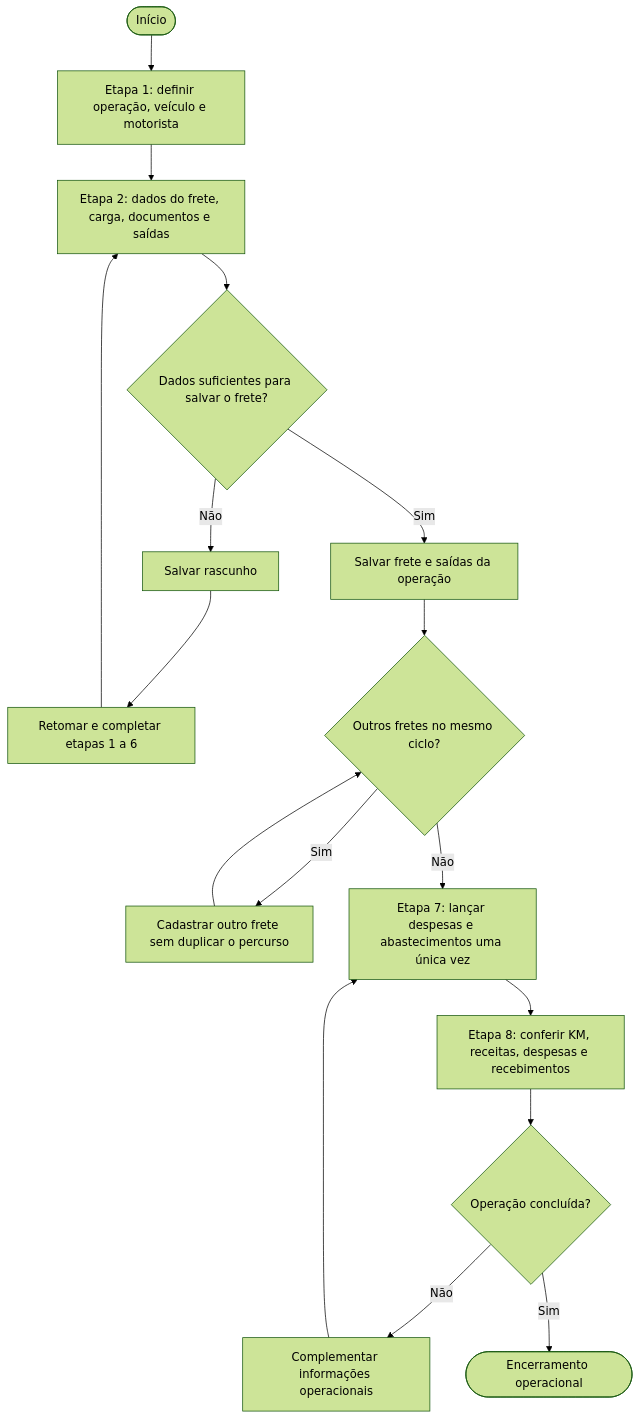
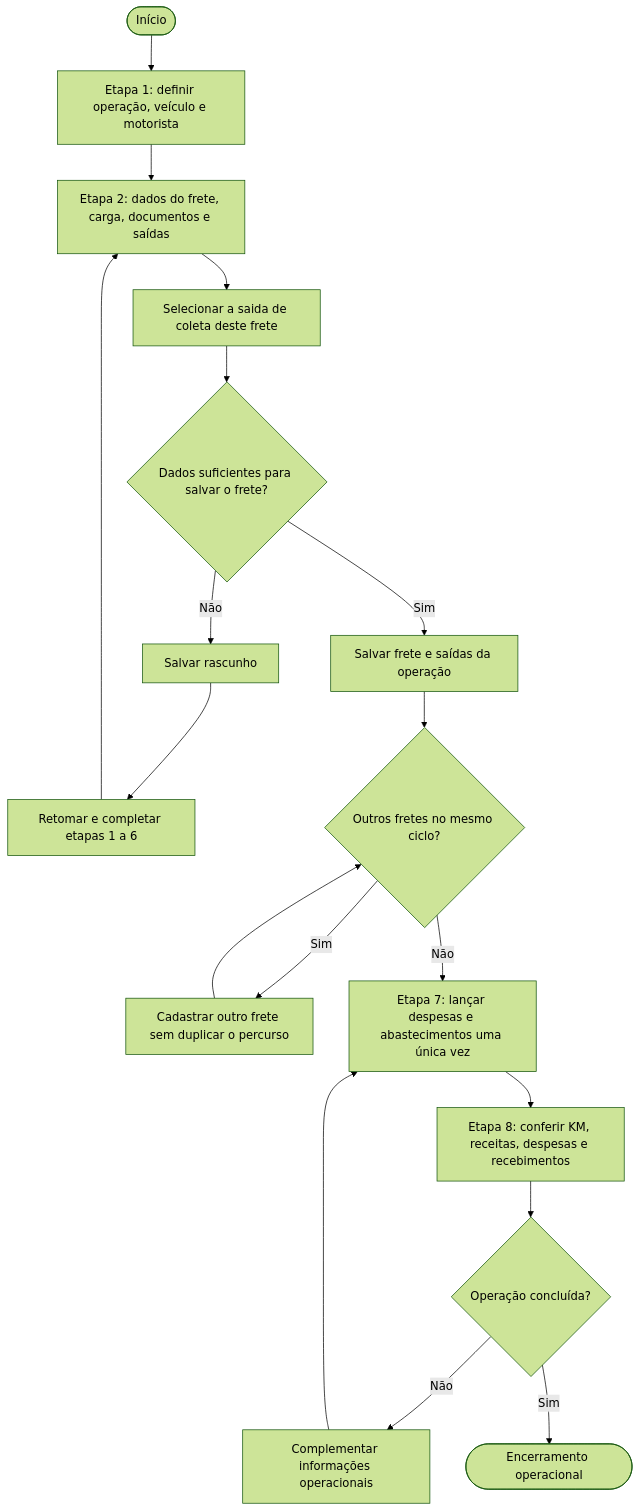
Before and after one commit to felpontes98/faeg-logistica-app: the diagram in docs/diagramas/atividades.md, drawn with Mermaid (forest theme). The commit also changed 27 other files, not shown here.

````diff
--- a/docs/diagramas/atividades.md
+++ b/docs/diagramas/atividades.md
@@ -5,19 +5,20 @@
 ```mermaid
 flowchart TD
     A([Início]) --> B["Etapa 1: definir operação, veículo e motorista"]
     B --> C["Etapa 2: dados do frete, carga, documentos e saídas"]
-    C --> D{"Dados suficientes para salvar o frete?"}
+    C --> C1["Selecionar a saida de coleta deste frete"]
+    C1 --> D{"Dados suficientes para salvar o frete?"}
     D -->|"Não"| E["Salvar rascunho"]
     E --> F["Retomar e completar etapas 1 a 6"]
     F --> C
     D -->|"Sim"| G["Salvar frete e saídas da operação"]
     G --> H{"Outros fretes no mesmo ciclo?"}
     H -->|"Sim"| I["Cadastrar outro frete sem duplicar o percurso"]
     I --> H
     H -->|"Não"| J["Etapa 7: lançar despesas e abastecimentos uma única vez"]
     J --> K["Etapa 8: conferir KM, receitas, despesas e recebimentos"]
     K --> L{"Operação concluída?"}
     L -->|"Não"| M["Complementar informações operacionais"]
     M --> J
     L -->|"Sim"| N(["Encerramento operacional"])
 ```
````
